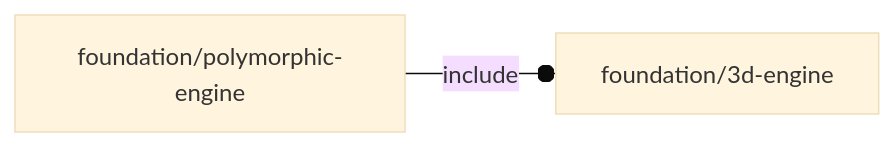
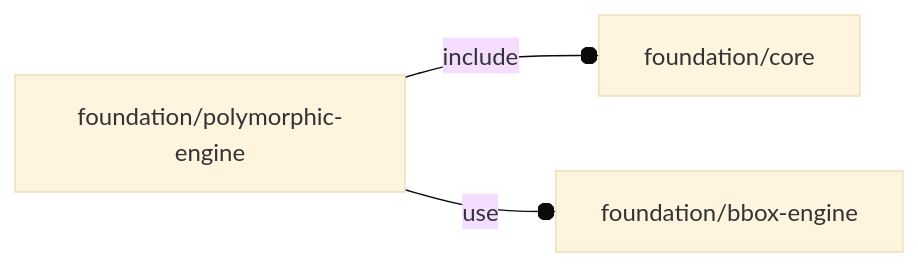
The diagram in orthodocs/foundation/polymorphic-engine.md (ggabbiani/OFL), drawn with Mermaid (base theme) before and after one commit. The commit also changed other lines of this file and 5 other files, not shown here.

````diff
--- a/orthodocs/foundation/polymorphic-engine.md
+++ b/orthodocs/foundation/polymorphic-engine.md
@@ -5,4 +5,5 @@
 ```mermaid
 graph LR
-    A1[foundation/polymorphic-engine] --o|include| A2[foundation/3d-engine]
+    A1[foundation/polymorphic-engine] --o|include| A2[foundation/core]
+    A1 --o|use| A3[foundation/bbox-engine]
 ```
````
